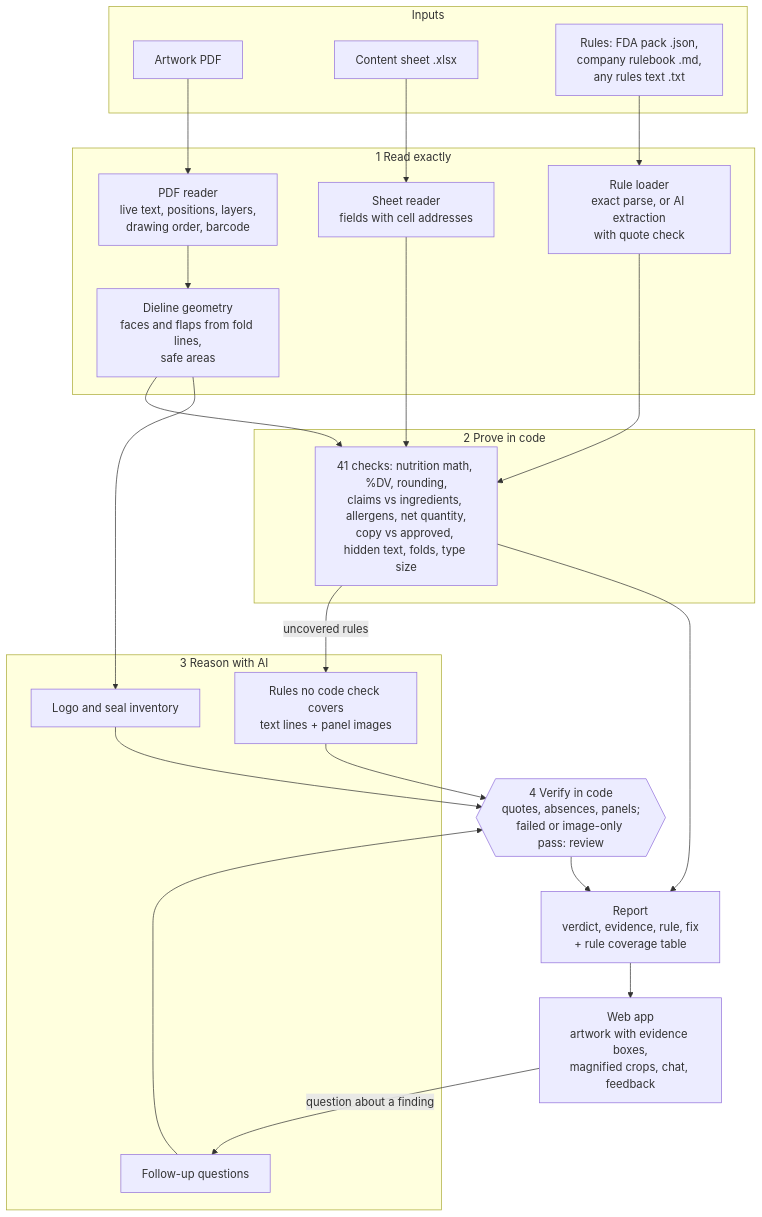
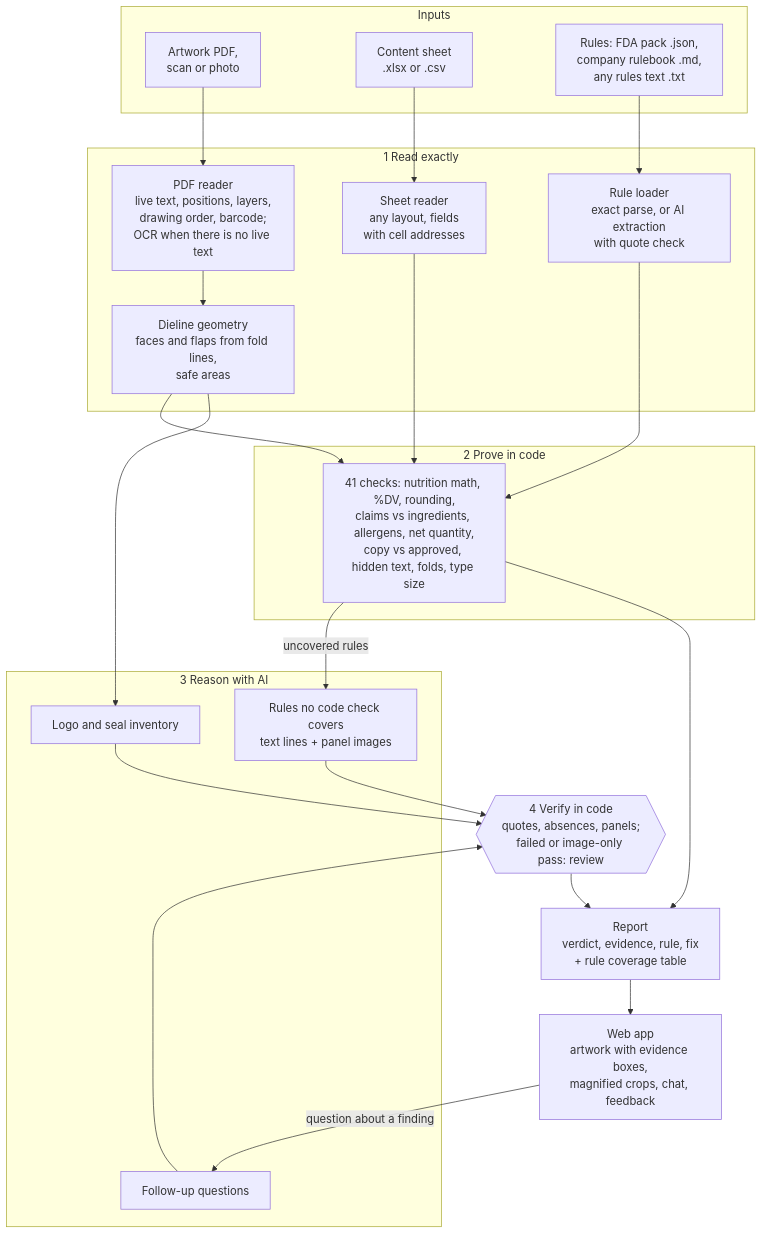
One commit to praharj123barman-glitch/shelfready changed the diagram in README.md. Above: the diagram before and after it, drawn with Mermaid. The commit also changed other lines of this file and 22 other files, not shown here.

First line of the commit message:
Read scans and photos by OCR, and content sheets in any layout

````diff
--- a/README.md
+++ b/README.md
@@ -118,44 +120,44 @@
 ```mermaid
 flowchart TB
     subgraph Inputs
-        PDF[Artwork PDF]
-        XLSX[Content sheet .xlsx]
+        PDF[Artwork PDF,<br/>scan or photo]
+        XLSX[Content sheet<br/>.xlsx or .csv]
         RULES[Rules: FDA pack .json,<br/>company rulebook .md,<br/>any rules text .txt]
     end
 
     subgraph Read["1 Read exactly"]
-        EXT[PDF reader<br/>live text, positions, layers,<br/>drawing order, barcode]
+        EXT[PDF reader<br/>live text, positions, layers,<br/>drawing order, barcode;<br/>OCR when there is no live text]
         DIE[Dieline geometry<br/>faces and flaps from fold lines,<br/>safe areas]
-        SHEET[Sheet reader<br/>fields with cell addresses]
+        SHEET[Sheet reader<br/>any layout, fields<br/>with cell addresses]
         RB[Rule loader<br/>exact parse, or AI extraction<br/>with quote check]
     end
 
     subgraph Code["2 Prove in code"]
         CHK[41 checks: nutrition math, %DV, rounding,<br/>claims vs ingredients, allergens, net quantity,<br/>copy vs approved, hidden text, folds, type size]
     end
 
     subgraph AI["3 Reason with AI"]
         AIR[Rules no code check covers<br/>text lines + panel images]
         MARKS[Logo and seal inventory]
         CHAT[Follow-up questions]
     end
 
     VER{{4 Verify in code<br/>quotes, absences, panels;<br/>failed or image-only pass: review}}
     REP[Report<br/>verdict, evidence, rule, fix<br/>+ rule coverage table]
     UI[Web app<br/>artwork with evidence boxes,<br/>magnified crops, chat, feedback]
 
     PDF --> EXT --> DIE
     XLSX --> SHEET
     RULES --> RB
     DIE --> CHK
     SHEET --> CHK
     RB --> CHK
     CHK -- uncovered rules --> AIR
     DIE --> MARKS
     AIR --> VER
     MARKS --> VER
     CHK --> REP
     VER --> REP
     REP --> UI
     UI -- question about a finding --> CHAT --> VER
 ```
````
